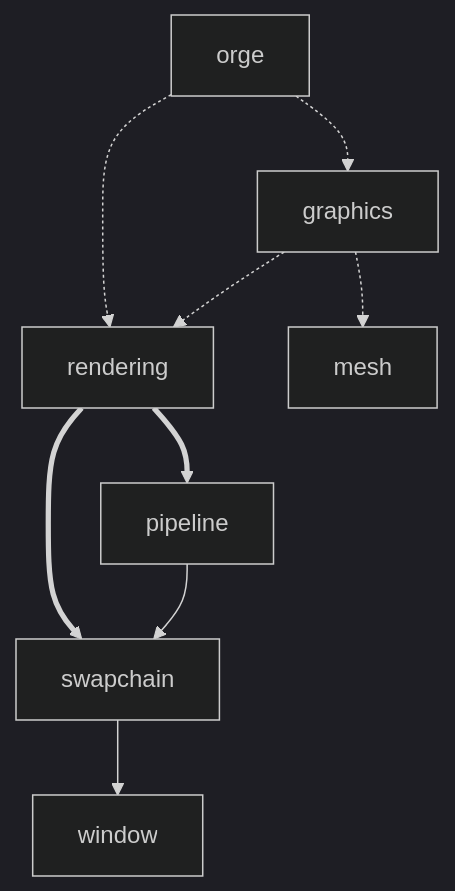
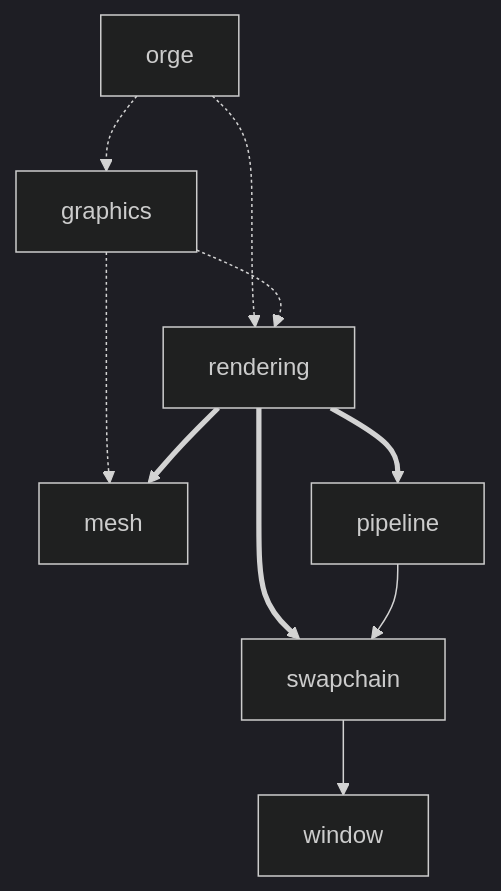
Before and after one commit to Tengu712/orge: the diagram in docs/ARCHITECTURE.md, drawn with Mermaid (dark theme). The commit also changed 6 other files, not shown here.

````diff
--- a/docs/ARCHITECTURE.md
+++ b/docs/ARCHITECTURE.md
@@ -5,11 +5,12 @@
 ```mermaid
 graph TD
     orge -.-> graphics
     orge -.-> rendering
     graphics -.-> rendering
     graphics -.-> mesh
     rendering ==> swapchain
     rendering ==> pipeline
+    rendering ==> mesh
     swapchain --> window
     pipeline --> swapchain
 ```
````
